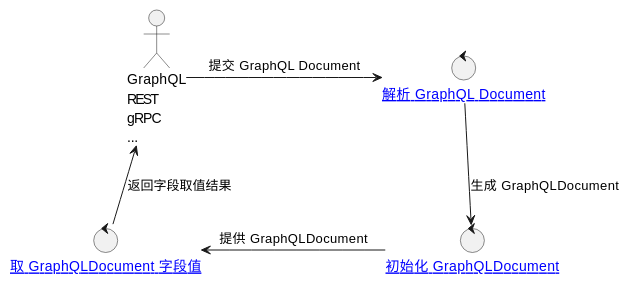
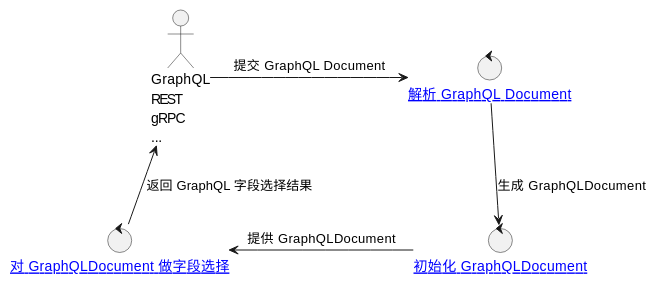
Before and after one commit to crazydan-studio/nop.crazydan.io: the fourth of 11 diagrams in docs/400.implement/400.component/100.graphql.md, drawn with PlantUML. The commit also changed other lines of this file, not shown here.

````diff
--- a/docs/400.implement/400.component/100.graphql.md
+++ b/docs/400.implement/400.component/100.graphql.md
@@ -576,11 +576,11 @@
 ```plantuml
 actor "GraphQL\nREST\ngRPC\n..." as client
 control "[[#engine-parse-graphql-doc 解析 GraphQL Document]]" as parse_doc
 control "[[#engine-init-graphql-doc 初始化 GraphQLDocument]]" as init_doc
-control "[[#engine-fetch-graphql-field-data 取 GraphQLDocument 字段值]]" as fetch_data
+control "[[#engine-select-graphql-field-data 对 GraphQLDocument 做字段选择]]" as fetch_data
 
 client -right-> parse_doc: 提交 GraphQL Document
 parse_doc -down-> init_doc: 生成 GraphQLDocument
 init_doc -left-> fetch_data: 提供 GraphQLDocument
-fetch_data -up-> client: 返回字段取值结果
+fetch_data -up-> client: 返回 GraphQL 字段选择结果
 ```
````
